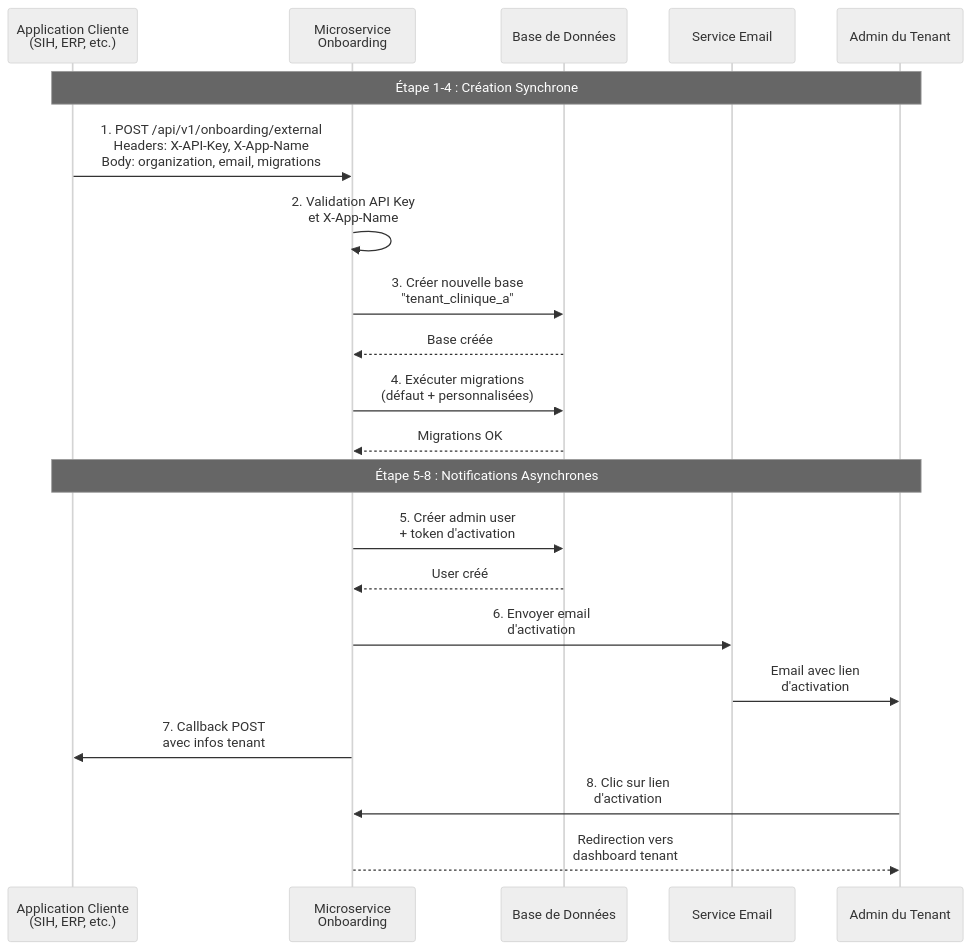
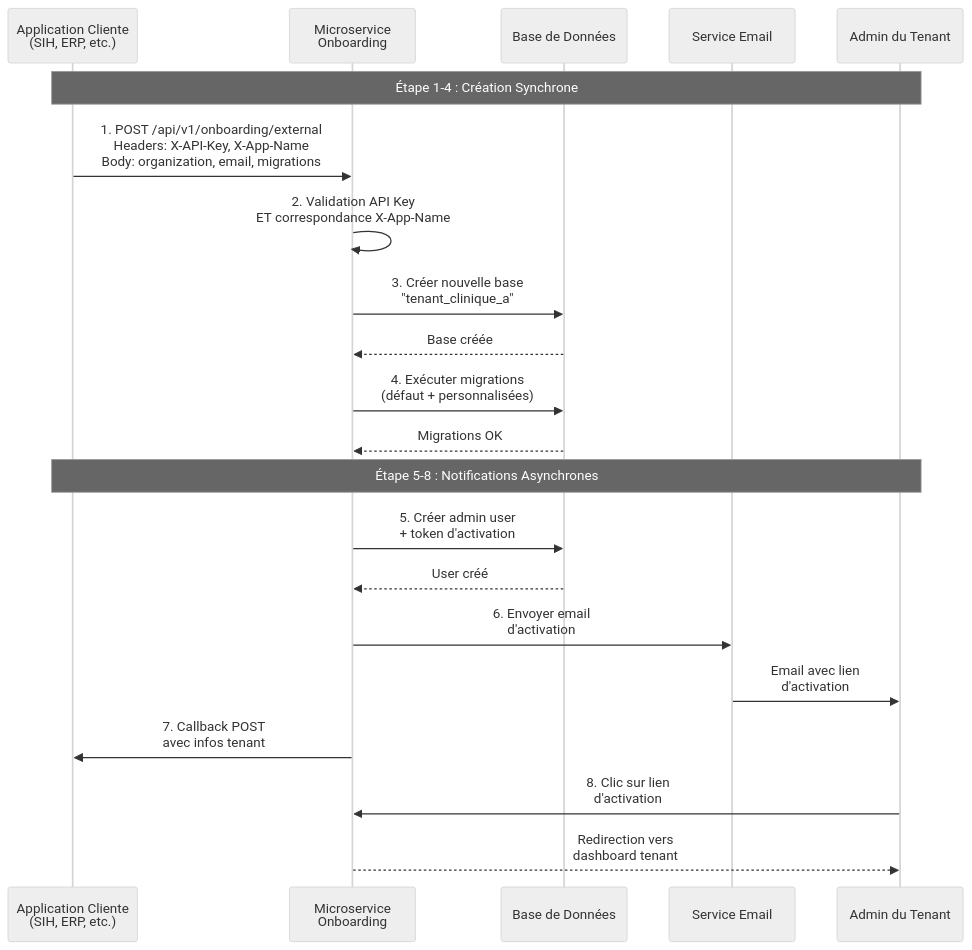
The first of 5 diagrams in SCHEMAS_VISUELS.md (Raftfg/Process_onboarding), drawn with Mermaid (neutral theme) before and after one commit. The commit also changed other lines of this file and 12 other files, not shown here.

````diff
--- a/SCHEMAS_VISUELS.md
+++ b/SCHEMAS_VISUELS.md
@@ -22,33 +22,33 @@
 ```mermaid
 sequenceDiagram
     participant App as Application Cliente<br/>(SIH, ERP, etc.)
     participant API as Microservice<br/>Onboarding
     participant DB as Base de Données
     participant Email as Service Email
     participant Admin as Admin du Tenant
 
     Note over App,Admin: Étape 1-4 : Création Synchrone
     
     App->>API: 1. POST /api/v1/onboarding/external<br/>Headers: X-API-Key, X-App-Name<br/>Body: organization, email, migrations
     
-    API->>API: 2. Validation API Key<br/>et X-App-Name
+    API->>API: 2. Validation API Key<br/>ET correspondance X-App-Name
     
     API->>DB: 3. Créer nouvelle base<br/>"tenant_clinique_a"
     DB-->>API: Base créée
     
     API->>DB: 4. Exécuter migrations<br/>(défaut + personnalisées)
     DB-->>API: Migrations OK
     
     Note over App,Admin: Étape 5-8 : Notifications Asynchrones
     
     API->>DB: 5. Créer admin user<br/>+ token d'activation
     DB-->>API: User créé
     
     API->>Email: 6. Envoyer email<br/>d'activation
     Email->>Admin: Email avec lien<br/>d'activation
     
     API->>App: 7. Callback POST<br/>avec infos tenant
     
     Admin->>API: 8. Clic sur lien<br/>d'activation
     API-->>Admin: Redirection vers<br/>dashboard tenant
 ```
````
